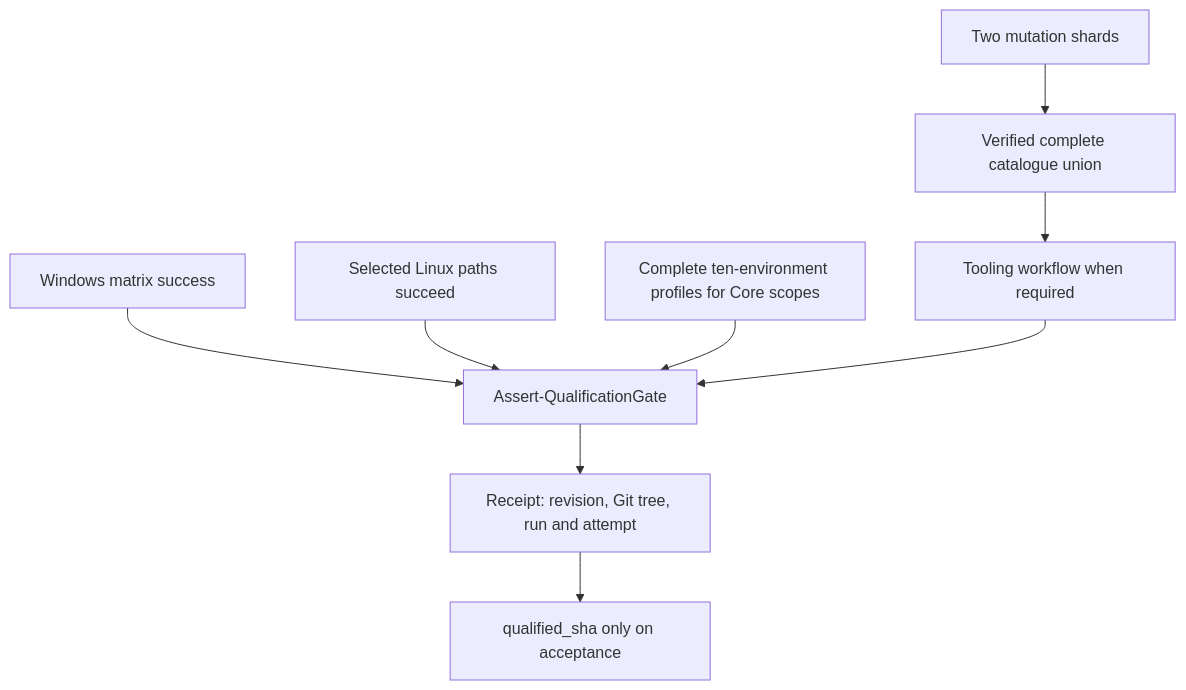
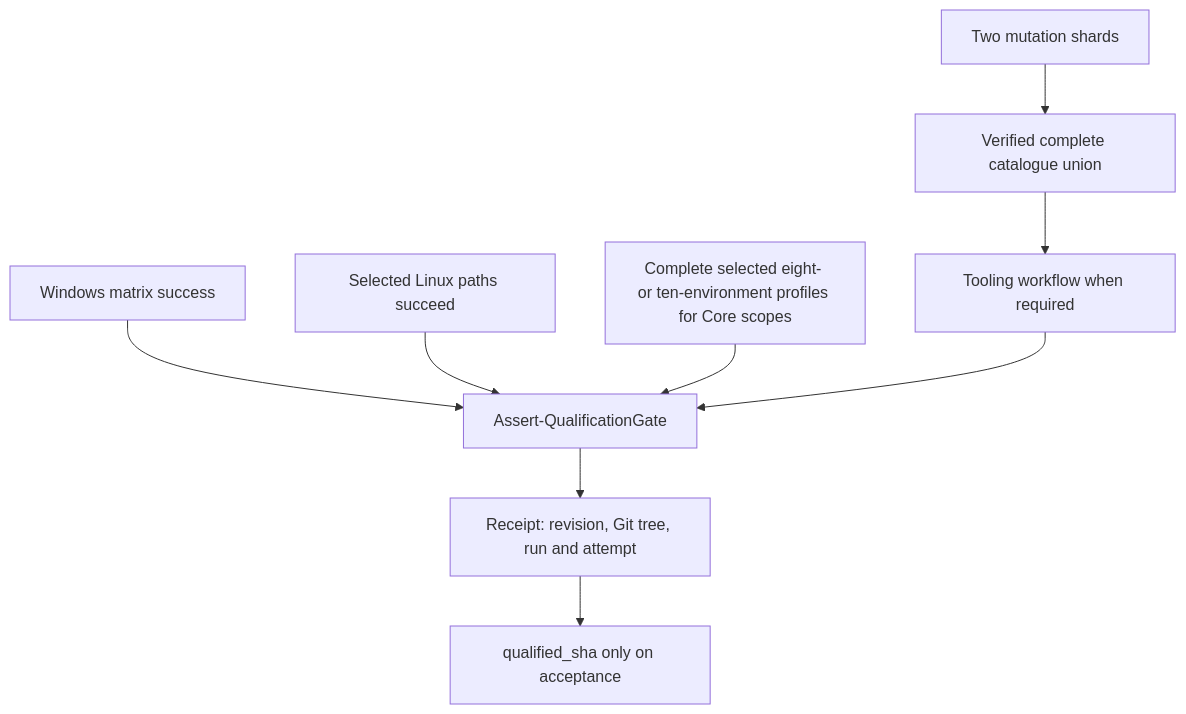
Before and after one commit to FrenchExDev2/QuietCli.PoSh: the third of 4 diagrams in docs/ci/execution-model.md, drawn with Mermaid. The commit also changed other lines of this file and 41 other files, not shown here.

````diff
--- a/docs/ci/execution-model.md
+++ b/docs/ci/execution-model.md
@@ -54,11 +54,11 @@
 ```mermaid
 flowchart TD
     W[Windows matrix success] --> G[Assert-QualificationGate]
     L[Selected Linux paths succeed] --> G
-    P[Complete ten-environment profiles for Core scopes] --> G
+    P[Complete selected eight- or ten-environment profiles for Core scopes] --> G
     T[Tooling workflow when required] --> G
     S[Two mutation shards] --> U[Verified complete catalogue union]
     U --> T
     G --> R[Receipt: revision, Git tree, run and attempt]
     R --> SHA[qualified_sha only on acceptance]
 ```
````
